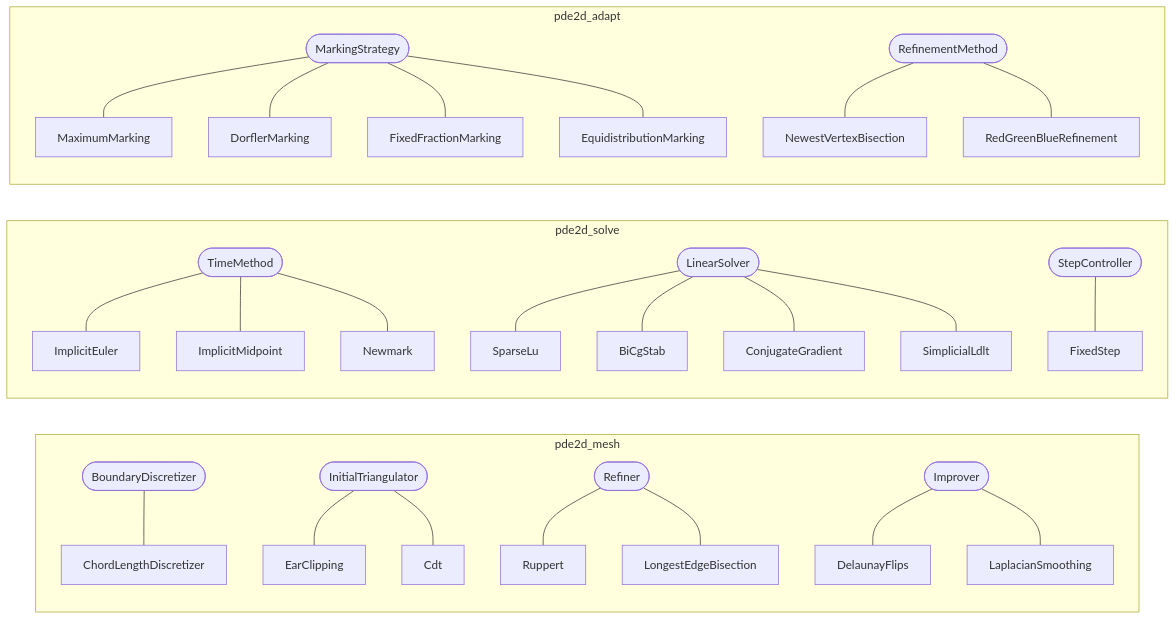
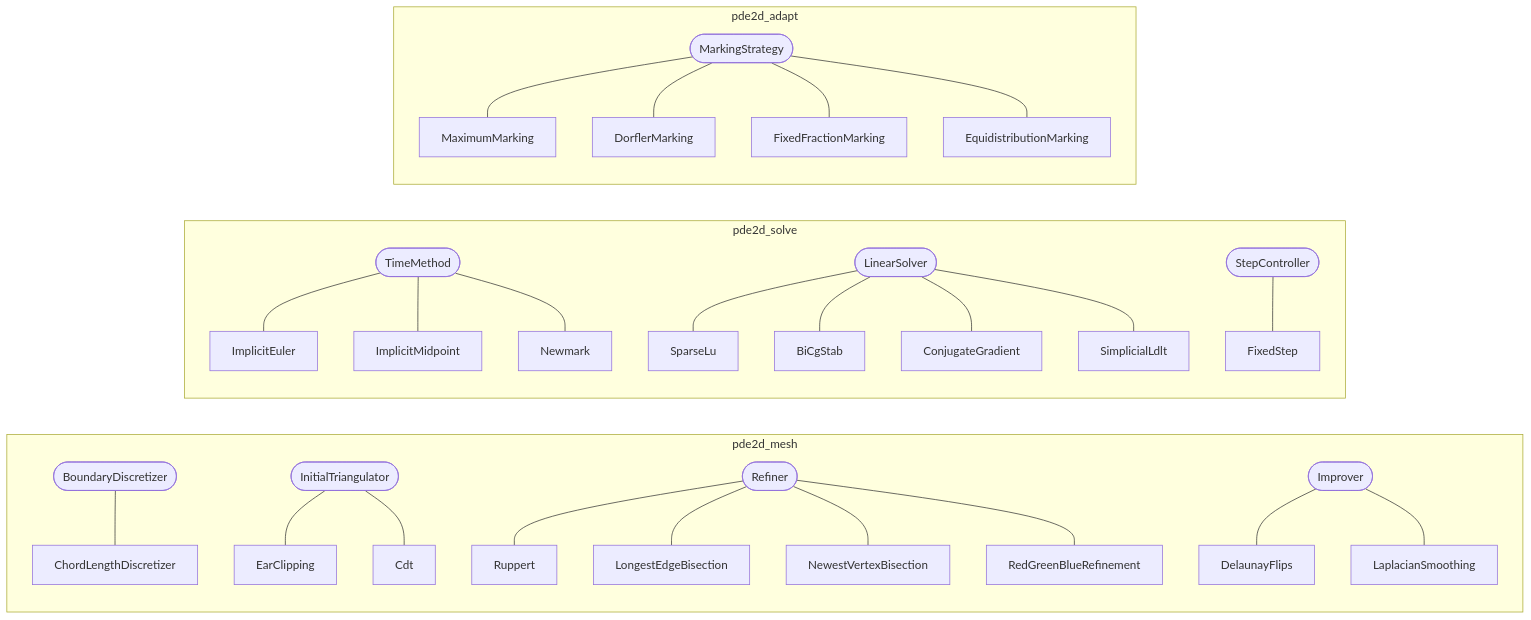
Before and after one commit to dmglushko/2d-pde: diagram 11 of 12 in docs/architecture.md, drawn with Mermaid. The commit also changed other lines of this file and 1 other file, not shown here.

````diff
--- a/docs/architecture.md
+++ b/docs/architecture.md
@@ -476,30 +484,30 @@
 ```mermaid
 flowchart LR
     subgraph mesh [pde2d_mesh]
         BD([BoundaryDiscretizer]) --- CLD[ChordLengthDiscretizer]
         IT([InitialTriangulator]) --- EAR[EarClipping]
         IT --- CDT[Cdt]
         RF([Refiner]) --- RUP[Ruppert]
         RF --- LEB[LongestEdgeBisection]
+        RF --- NVB[NewestVertexBisection]
+        RF --- RGB[RedGreenBlueRefinement]
         IMP([Improver]) --- DF[DelaunayFlips]
         IMP --- LS[LaplacianSmoothing]
     end
     subgraph solve [pde2d_solve]
         TMI([TimeMethod]) --- IE[ImplicitEuler]
         TMI --- IM[ImplicitMidpoint]
         TMI --- NM[Newmark]
         LSI([LinearSolver]) --- SLU[SparseLu]
         LSI --- BCG[BiCgStab]
         LSI --- CG[ConjugateGradient]
         LSI --- LDLT[SimplicialLdlt]
         SCI([StepController]) --- FS[FixedStep]
     end
     subgraph adapt [pde2d_adapt]
         MKS([MarkingStrategy]) --- MXM[MaximumMarking]
         MKS --- DRM[DorflerMarking]
         MKS --- FFM[FixedFractionMarking]
         MKS --- EQM[EquidistributionMarking]
-        RFM([RefinementMethod]) --- NVB[NewestVertexBisection]
-        RFM --- RGB[RedGreenBlueRefinement]
     end
 ```
````
